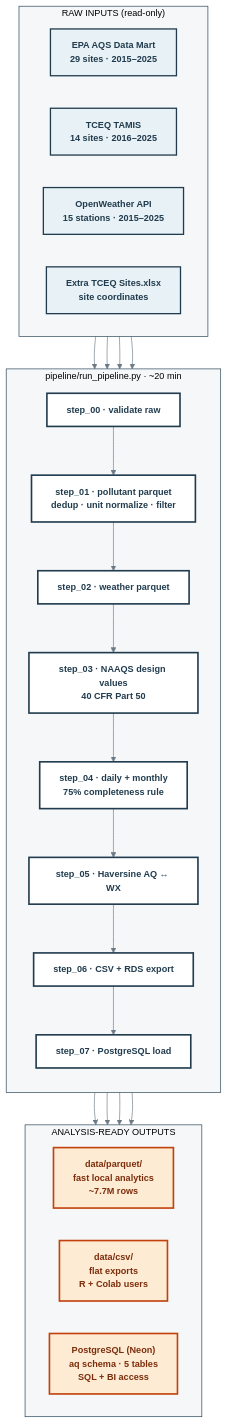
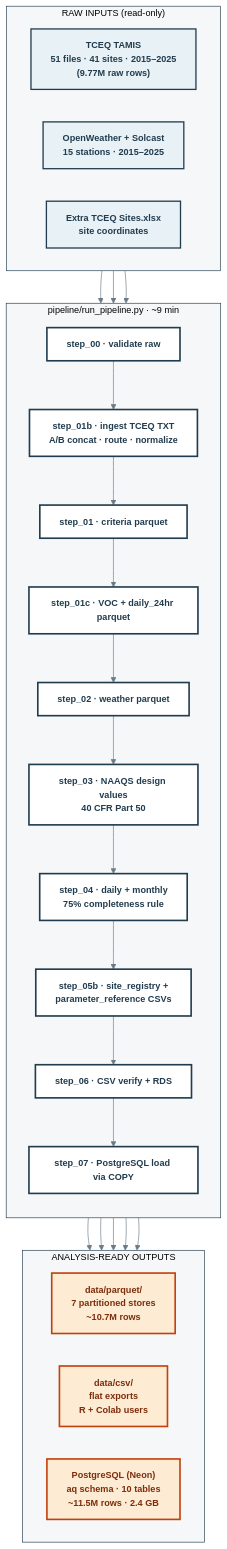
The diagram in pipeline/docs/index.md (AidanJMeyers/south-texas-aq-pipeline), drawn with Mermaid before and after one commit. The commit also changed other lines of this file and 6 other files, not shown here.

````diff
--- a/pipeline/docs/index.md
+++ b/pipeline/docs/index.md
@@ -28,61 +47,62 @@
 ```mermaid
 %%{init: {'theme':'base','themeVariables':{
     'fontFamily':'Arial, sans-serif',
     'fontSize':'14px',
     'primaryColor':'#FFFFFF',
     'primaryTextColor':'#213c4e',
     'primaryBorderColor':'#213c4e',
     'lineColor':'#6b7a85',
     'clusterBkg':'#F5F7F9',
     'clusterBorder':'#213c4e'
 }}}%%
 flowchart TD
     classDef input  fill:#E8F1F5,stroke:#213c4e,stroke-width:2px,color:#213c4e,font-weight:600
     classDef step   fill:#FFFFFF,stroke:#213c4e,stroke-width:2.5px,color:#213c4e,font-weight:600
     classDef output fill:#FDEBD3,stroke:#c2410c,stroke-width:2.5px,color:#7c2d0b,font-weight:700
     classDef db     fill:#FDEBD3,stroke:#c2410c,stroke-width:2.5px,color:#7c2d0b,font-weight:700
 
     subgraph INPUTS["&nbsp;RAW INPUTS (read-only)&nbsp;"]
         direction LR
-        A1["<b>EPA AQS Data Mart</b><br/>29 sites · 2015–2025"]
-        A2["<b>TCEQ TAMIS</b><br/>14 sites · 2016–2025"]
-        A3["<b>OpenWeather API</b><br/>15 stations · 2015–2025"]
+        A1["<b>TCEQ TAMIS</b><br/>51 files · 41 sites · 2015–2025<br/>(9.77M raw rows)"]
+        A3["<b>OpenWeather + Solcast</b><br/>15 stations · 2015–2025"]
         A4["<b>Extra TCEQ Sites.xlsx</b><br/>site coordinates"]
     end
 
-    subgraph PIPELINE["&nbsp;pipeline/run_pipeline.py · ~20 min&nbsp;"]
+    subgraph PIPELINE["&nbsp;pipeline/run_pipeline.py · ~9 min&nbsp;"]
         direction TB
         S0["<b>step_00</b> · validate raw"]
-        S1["<b>step_01</b> · pollutant parquet<br/>dedup · unit normalize · filter"]
+        S1b["<b>step_01b</b> · ingest TCEQ TXT<br/>A/B concat · route · normalize"]
+        S1["<b>step_01</b> · criteria parquet"]
+        S1c["<b>step_01c</b> · VOC + daily_24hr parquet"]
         S2["<b>step_02</b> · weather parquet"]
         S3["<b>step_03</b> · NAAQS design values<br/>40 CFR Part 50"]
         S4["<b>step_04</b> · daily + monthly<br/>75% completeness rule"]
-        S5["<b>step_05</b> · Haversine AQ ↔ WX"]
-        S6["<b>step_06</b> · CSV + RDS export"]
-        S7["<b>step_07</b> · PostgreSQL load"]
+        S5b["<b>step_05b</b> · site_registry +<br/>parameter_reference CSVs"]
+        S6["<b>step_06</b> · CSV verify + RDS"]
+        S7["<b>step_07</b> · PostgreSQL load via COPY"]
 
-        S0 --> S1 --> S2 --> S3 --> S4 --> S5 --> S6 --> S7
+        S0 --> S1b --> S1 --> S1c --> S2 --> S3 --> S4 --> S5b --> S6 --> S7
     end
 
     subgraph OUTPUTS["&nbsp;ANALYSIS-READY OUTPUTS&nbsp;"]
         direction LR
-        O1["<b>data/parquet/</b><br/>fast local analytics<br/>~7.7M rows"]
+        O1["<b>data/parquet/</b><br/>7 partitioned stores<br/>~10.7M rows"]
         O2["<b>data/csv/</b><br/>flat exports<br/>R + Colab users"]
-        O3["<b>PostgreSQL (Neon)</b><br/>aq schema · 5 tables<br/>SQL + BI access"]
+        O3["<b>PostgreSQL (Neon)</b><br/>aq schema · 10 tables<br/>~11.5M rows · 2.4 GB"]
     end
 
     A1 --> S0
-    A2 --> S0
     A3 --> S2
-    A4 --> S5
+    A4 --> S5b
 
+    S1 --> O1
+    S1c --> O1
     S2 --> O1
-    S5 --> O1
     S6 --> O2
     S7 --> O3
 
-    class A1,A2,A3,A4 input
-    class S0,S1,S2,S3,S4,S5,S6,S7 step
+    class A1,A3,A4 input
+    class S0,S1b,S1,S1c,S2,S3,S4,S5b,S6,S7 step
     class O1,O2 output
     class O3 db
 ```
````
